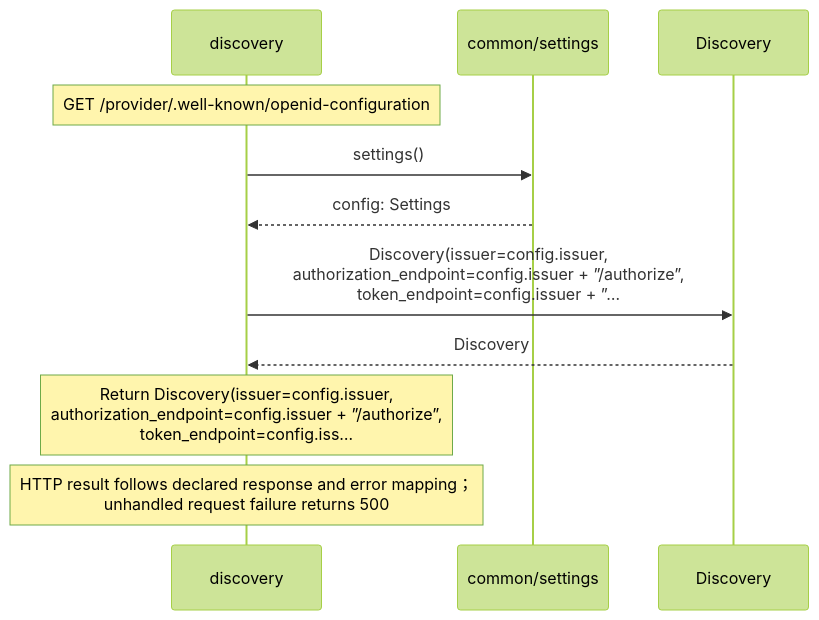
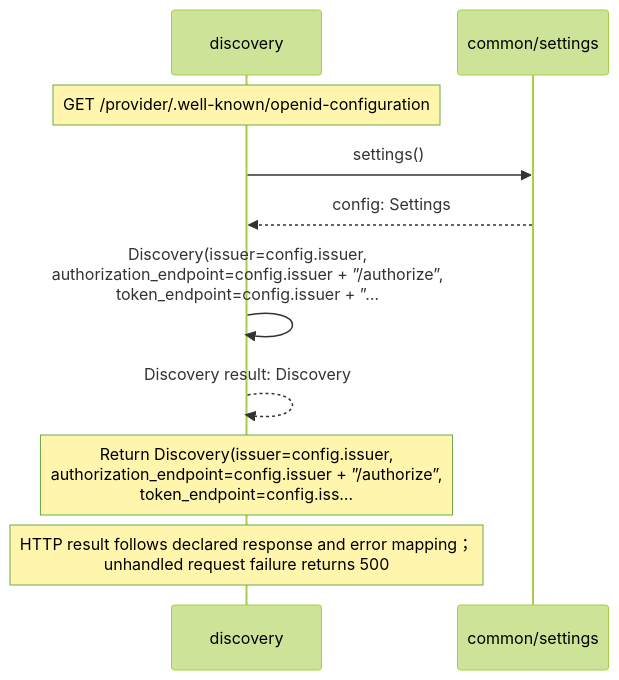
Before and after one commit to GreenPandaStudios/augscript: the second of 3 diagrams in docs/examples/oidc-login/provider/discovery-diagrams.md, drawn with Mermaid (forest theme). The commit also changed other lines of this file and 304 other files, not shown here.

Commit message:
Make generated data-flow sequences concise and review every diagram

````diff
--- a/docs/examples/oidc-login/provider/discovery-diagrams.md
+++ b/docs/examples/oidc-login/provider/discovery-diagrams.md
@@ -73,13 +48,12 @@
 ```mermaid
 sequenceDiagram
     participant p0 as discovery
     participant p1 as common/settings
-    participant p2 as Discovery
     Note over p0: GET /provider/.well-known/openid-configuration
     p0->>p1: settings()
     p1-->>p0: config: Settings
-    p0->>p2: Discovery(issuer=config.issuer,<br/>authorization_endpoint=config.issuer + ”/authorize”,<br/>token_endpoint=config.issuer + ”…
-    p2-->>p0: Discovery
+    p0->>p0: Discovery(issuer=config.issuer,<br/>authorization_endpoint=config.issuer + ”/authorize”,<br/>token_endpoint=config.issuer + ”…
+    p0-->>p0: Discovery result: Discovery
     Note over p0: Return Discovery(issuer=config.issuer,<br/>authorization_endpoint=config.issuer + ”/authorize”,<br/>token_endpoint=config.iss…
     Note over p0: HTTP result follows declared response and error mapping；<br/>unhandled request failure returns 500
 ```
````
